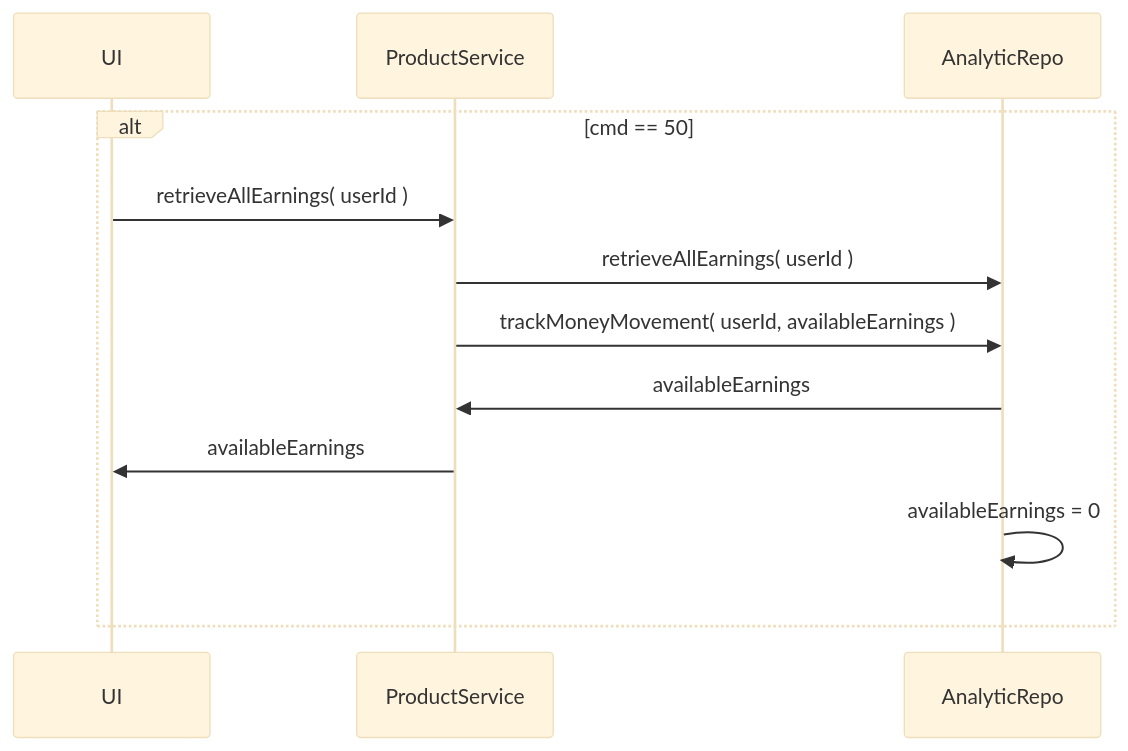
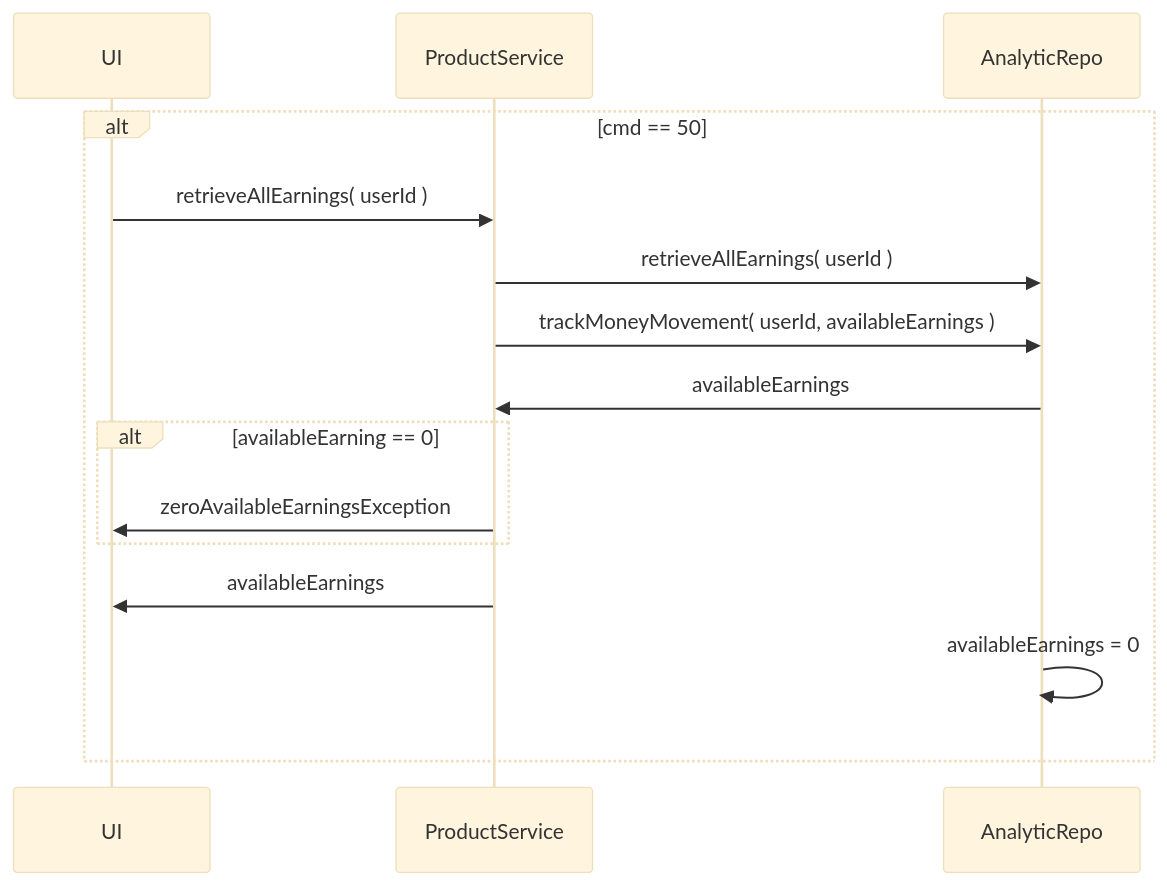
Diagram 14 of 14 in README.md (Apameus/Vending_Machine), drawn with Mermaid (base theme) before and after one commit.

Commit message:
added zeroEarningsCheck in Retrieve Money command

````diff
--- a/README.md
+++ b/README.md
@@ -291,16 +291,19 @@
 ```mermaid
 sequenceDiagram
 participant UI
 participant PS as ProductService
 participant AR as AnalyticRepo
 
 
 alt cmd == 50
 UI ->> PS: retrieveAllEarnings( userId )
 PS ->> AR: retrieveAllEarnings( userId )
     PS ->> AR: trackMoneyMovement( userId, availableEarnings )
     AR ->> PS: availableEarnings
+        alt availableEarning == 0
+        PS ->> UI: zeroAvailableEarningsException
+        end
     PS ->> UI: availableEarnings
 AR ->> AR: availableEarnings = 0
 end
 ```
````
